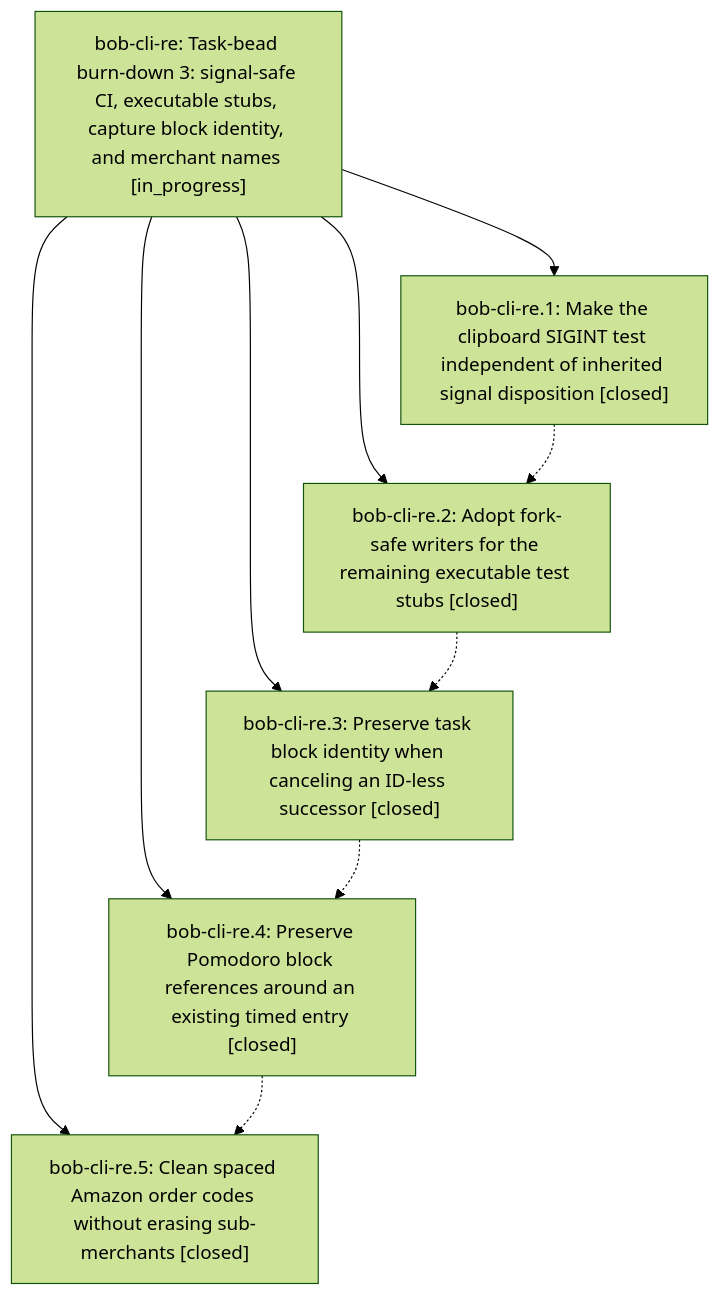
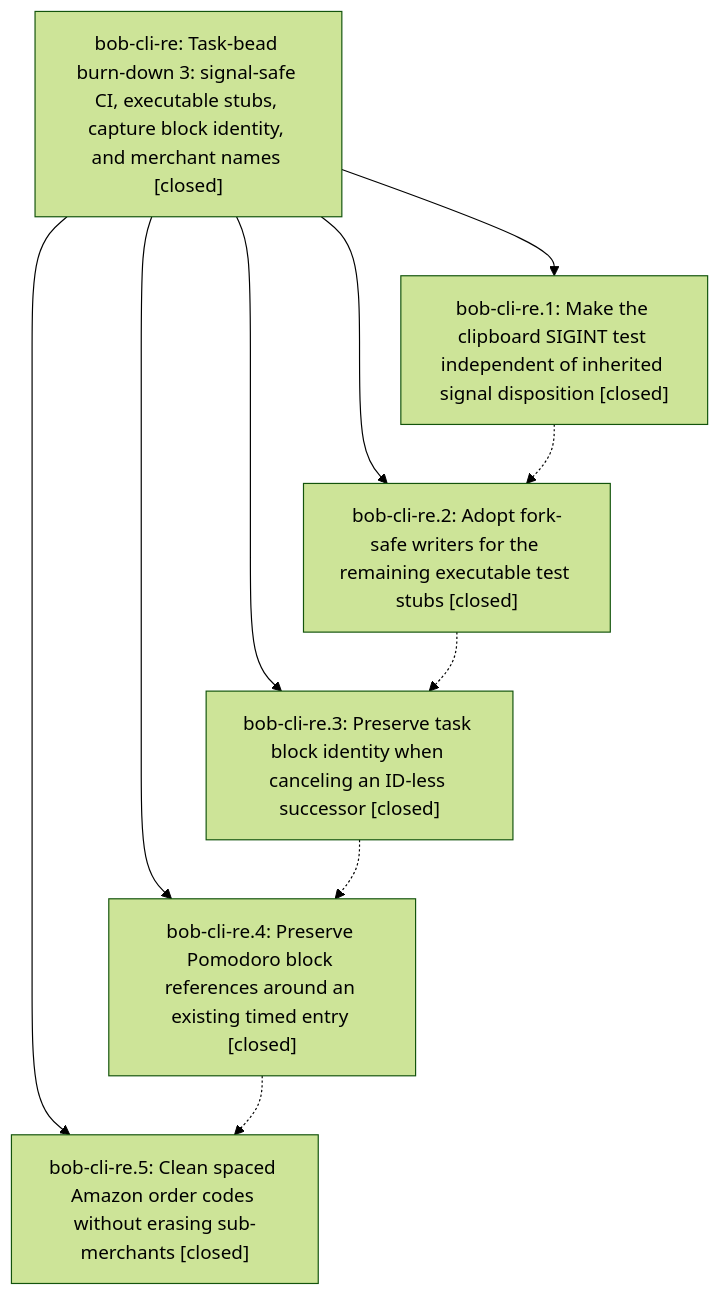
Before and after one commit to bobs-org/bob-cli--beads: the diagram in pages/bob-cli-re/README.md, drawn with Mermaid (forest theme). The commit also changed other lines of this file and 2 other files, not shown here.

First line of the commit message:
chore(beads): sync bead state and pages for bob-cli-re

````diff
--- a/pages/bob-cli-re/README.md
+++ b/pages/bob-cli-re/README.md
@@ -44,18 +46,18 @@
 ```mermaid
 flowchart TD
-    n0["bob-cli-re: Task-bead burn-down 3: signal-safe CI, executable stubs, capture block identity, and merchant names [in_progress]"]
+    n0["bob-cli-re: Task-bead burn-down 3: signal-safe CI, executable stubs, capture block identity, and merchant names [closed]"]
     n1["bob-cli-re.1: Make the clipboard SIGINT test independent of inherited signal disposition [closed]"]
     n2["bob-cli-re.2: Adopt fork-safe writers for the remaining executable test stubs [closed]"]
     n3["bob-cli-re.3: Preserve task block identity when canceling an ID-less successor [closed]"]
     n4["bob-cli-re.4: Preserve Pomodoro block references around an existing timed entry [closed]"]
     n5["bob-cli-re.5: Clean spaced Amazon order codes without erasing sub-merchants [closed]"]
     n0 --> n1
     n0 --> n2
     n0 --> n3
     n0 --> n4
     n0 --> n5
     n1 -.-> n2
     n2 -.-> n3
     n3 -.-> n4
     n4 -.-> n5
 ```
````
